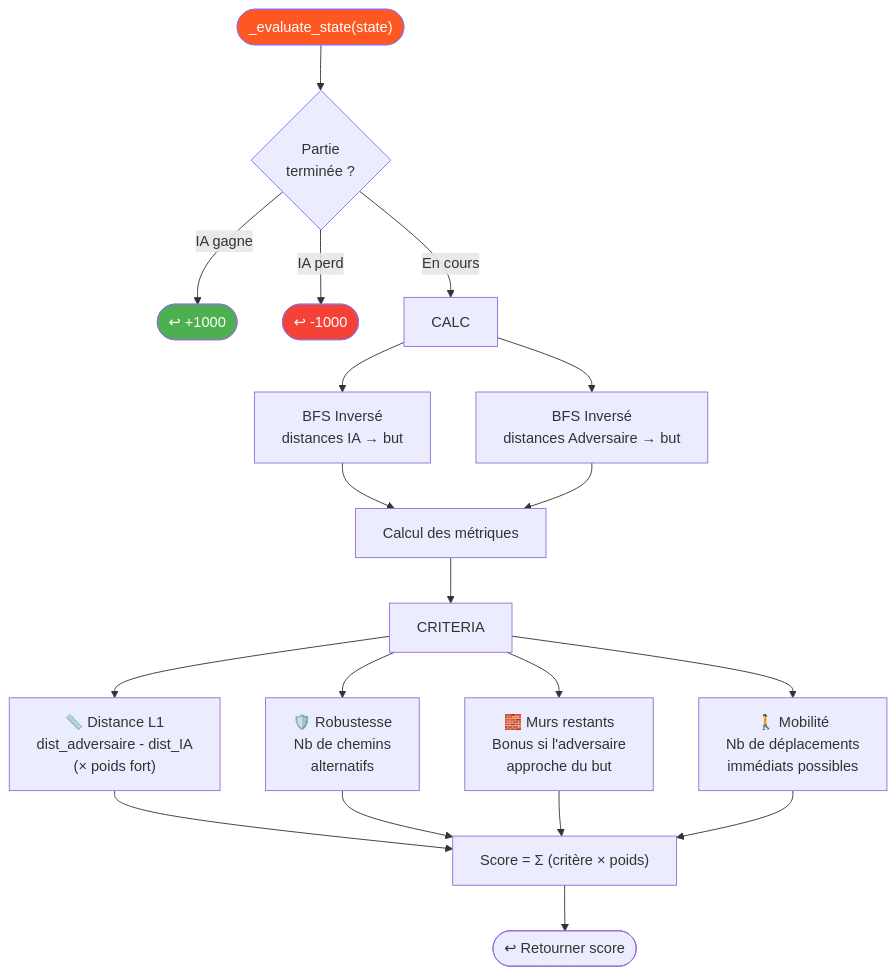
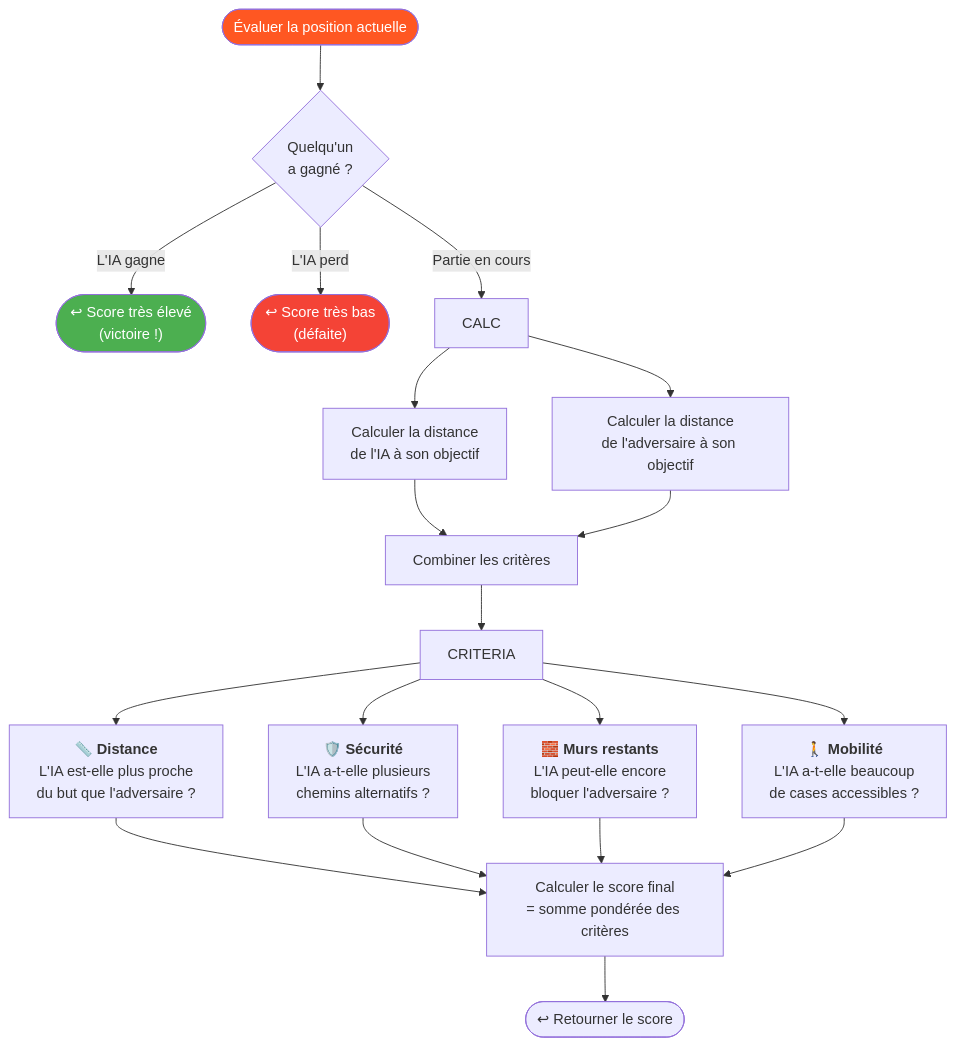
One commit to Silou1/Projet_mecatronique_I3 changed the third of 4 diagrams in flowcharts/02_logique_ia.md. Above: the diagram before and after it, drawn with Mermaid. The commit also changed other lines of this file and 3 other files, not shown here.

Commit message:
docs: simplify flowcharts with plain-language descriptions

````diff
--- a/flowcharts/02_logique_ia.md
+++ b/flowcharts/02_logique_ia.md
@@ -95,32 +95,32 @@
 ```mermaid
 flowchart TD
-    EVAL_START(["_evaluate_state(state)"]) --> GAME_OVER{"Partie<br/>terminée ?"}
+    EVAL_START(["Évaluer la position actuelle"]) --> GAME_OVER{"Quelqu'un<br/>a gagné ?"}
 
-    GAME_OVER -->|"IA gagne"| WIN(["↩ +1000"])
-    GAME_OVER -->|"IA perd"| LOSE(["↩ -1000"])
-    GAME_OVER -->|"En cours"| CALC
+    GAME_OVER -->|"L'IA gagne"| WIN(["↩ Score très élevé<br/>(victoire !)"])
+    GAME_OVER -->|"L'IA perd"| LOSE(["↩ Score très bas<br/>(défaite)"])
+    GAME_OVER -->|"Partie en cours"| CALC
 
-    CALC --> BFS_IA["BFS Inversé<br/>distances IA → but"]
-    CALC --> BFS_ADV["BFS Inversé<br/>distances Adversaire → but"]
+    CALC --> BFS_IA["Calculer la distance<br/>de l'IA à son objectif"]
+    CALC --> BFS_ADV["Calculer la distance<br/>de l'adversaire à son objectif"]
 
     BFS_IA --> METRICS
     BFS_ADV --> METRICS
 
-    METRICS["Calcul des métriques"] --> CRITERIA
+    METRICS["Combiner les critères"] --> CRITERIA
 
-    CRITERIA --> C1["📏 Distance L1<br/>dist_adversaire - dist_IA<br/>(× poids fort)"]
-    CRITERIA --> C2["🛡️ Robustesse<br/>Nb de chemins<br/>alternatifs"]
-    CRITERIA --> C3["🧱 Murs restants<br/>Bonus si l'adversaire<br/>approche du but"]
-    CRITERIA --> C4["🚶 Mobilité<br/>Nb de déplacements<br/>immédiats possibles"]
+    CRITERIA --> C1["📏 <b>Distance</b><br/>L'IA est-elle plus proche<br/>du but que l'adversaire ?"]
+    CRITERIA --> C2["🛡️ <b>Sécurité</b><br/>L'IA a-t-elle plusieurs<br/>chemins alternatifs ?"]
+    CRITERIA --> C3["🧱 <b>Murs restants</b><br/>L'IA peut-elle encore<br/>bloquer l'adversaire ?"]
+    CRITERIA --> C4["🚶 <b>Mobilité</b><br/>L'IA a-t-elle beaucoup<br/>de cases accessibles ?"]
 
     C1 --> COMBINE
     C2 --> COMBINE
     C3 --> COMBINE
     C4 --> COMBINE
 
-    COMBINE["Score = Σ (critère × poids)"] --> RETURN_SCORE(["↩ Retourner score"])
+    COMBINE["Calculer le score final<br/>= somme pondérée des critères"] --> RETURN_SCORE(["↩ Retourner le score"])
 
     style EVAL_START fill:#FF5722,color:#fff
     style WIN fill:#4CAF50,color:#fff
     style LOSE fill:#f44336,color:#fff
 ```
````
